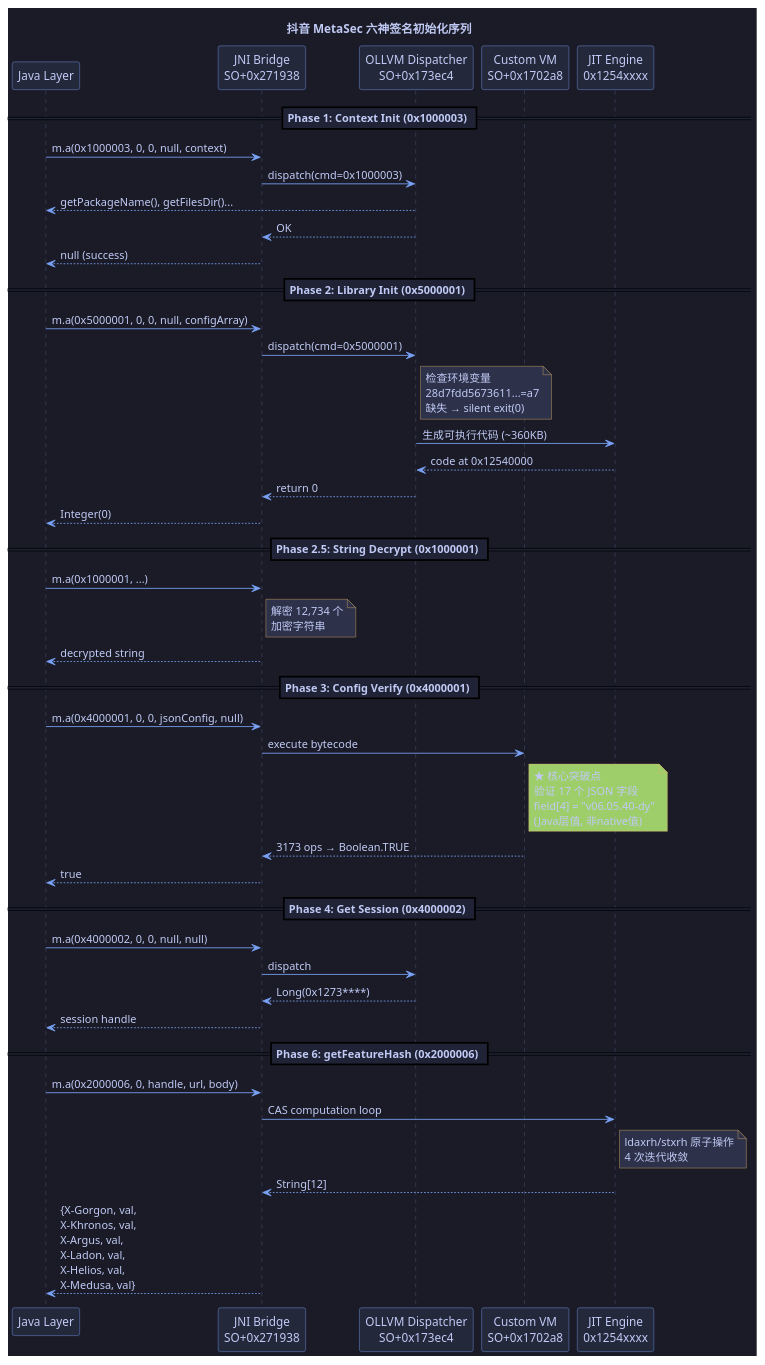
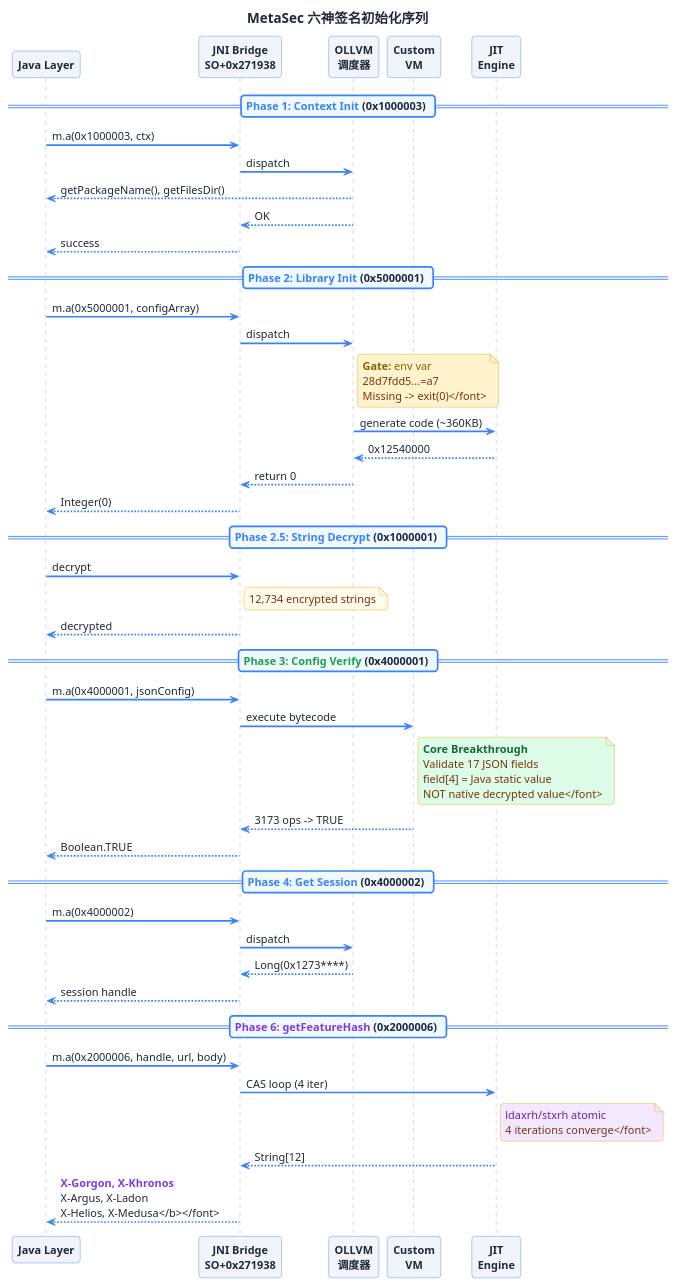
Before and after one commit to overkazaf/blogs: the diagram in static/images/sixgod/init_sequence.puml, drawn with PlantUML. The commit also changed 9 other files, not shown here.

First line of the commit message:
Redesign all PlantUML diagrams: white bg, high contrast, unified palette

```diff
--- a/static/images/sixgod/init_sequence.puml
+++ b/static/images/sixgod/init_sequence.puml
@@ -1,78 +1,86 @@
 @startuml
-skinparam backgroundColor #1a1b26
-skinparam defaultFontColor #c0caf5
-skinparam sequenceArrowColor #7aa2f7
-skinparam sequenceLifeLineBorderColor #565f89
-skinparam sequenceParticipantBackgroundColor #24283b
-skinparam sequenceParticipantBorderColor #7aa2f7
-skinparam noteBorderColor #e0af68
-skinparam noteBackgroundColor #2d3149
-skinparam sequenceGroupBackgroundColor #1f2335
-skinparam sequenceGroupBorderColor #bb9af7
-skinparam sequenceDividerBackgroundColor #1f2335
 
-title 抖音 MetaSec 六神签名初始化序列
+skinparam backgroundColor #FFFFFF
+skinparam defaultFontName "Segoe UI,Helvetica,Arial,sans-serif"
+skinparam defaultFontSize 13
+skinparam defaultFontColor #1e293b
+skinparam shadowing false
+skinparam roundCorner 8
+skinparam sequenceArrowThickness 2
+skinparam sequenceArrowColor #3b82f6
+skinparam sequenceLifeLineBorderColor #94a3b8
+skinparam sequenceParticipantBackgroundColor #f1f5f9
+skinparam sequenceParticipantBorderColor #3b82f6
+skinparam sequenceParticipantFontStyle bold
+skinparam sequenceGroupBackgroundColor #fefce8
+skinparam sequenceGroupBorderColor #ca8a04
+skinparam sequenceGroupFontColor #854d0e
+skinparam sequenceDividerBackgroundColor #f0f9ff
+skinparam sequenceDividerBorderColor #3b82f6
+skinparam noteBorderColor #f59e0b
+skinparam noteBackgroundColor #fffbeb
+skinparam noteFontColor #78350f
 
-participant "Java Layer" as J #24283b
-participant "JNI Bridge\nSO+0x271938" as JNI #24283b
-participant "OLLVM Dispatcher\nSO+0x173ec4" as OLL #24283b
-participant "Custom VM\nSO+0x1702a8" as VM #24283b
-participant "JIT Engine\n0x1254xxxx" as JIT #24283b
 
-== Phase 1: Context Init (0x1000003) ==
-J -> JNI : m.a(0x1000003, 0, 0, null, context)
-JNI -> OLL : dispatch(cmd=0x1000003)
-OLL --> J : getPackageName(), getFilesDir()...
+title <font size=16><b>MetaSec 六神签名初始化序列</b></font>
+
+participant "Java Layer" as J
+participant "JNI Bridge\nSO+0x271938" as JNI
+participant "OLLVM\n调度器" as OLL
+participant "Custom\nVM" as VM
+participant "JIT\nEngine" as JIT
+
+== <font color=#3b82f6>Phase 1: Context Init</font> (0x1000003) ==
+J -> JNI : m.a(0x1000003, ctx)
+JNI -> OLL : dispatch
+OLL --> J : getPackageName(), getFilesDir()
 OLL --> JNI : OK
-JNI --> J : null (success)
+JNI --> J : success
 
-== Phase 2: Library Init (0x5000001) ==
-J -> JNI : m.a(0x5000001, 0, 0, null, configArray)
-JNI -> OLL : dispatch(cmd=0x5000001)
-note right of OLL #2d3149
-  检查环境变量
-  28d7fdd5673611...=a7
-  缺失 → silent exit(0)
+== <font color=#3b82f6>Phase 2: Library Init</font> (0x5000001) ==
+J -> JNI : m.a(0x5000001, configArray)
+JNI -> OLL : dispatch
+note right of OLL #fff3cd
+  <font color=#856404><b>Gate:</b> env var
+  28d7fdd5...=a7
+  Missing -> exit(0)</font>
 end note
-OLL -> JIT : 生成可执行代码 (~360KB)
-JIT --> OLL : code at 0x12540000
+OLL -> JIT : generate code (~360KB)
+JIT --> OLL : 0x12540000
 OLL --> JNI : return 0
 JNI --> J : Integer(0)
 
-== Phase 2.5: String Decrypt (0x1000001) ==
-J -> JNI : m.a(0x1000001, ...)
-note right of JNI #2d3149
-  解密 12,734 个
-  加密字符串
+== <font color=#3b82f6>Phase 2.5: String Decrypt</font> (0x1000001) ==
+J -> JNI : decrypt
+note right of JNI : 12,734 encrypted strings
+JNI --> J : decrypted
+
+== <font color=#16a34a><b>Phase 3: Config Verify</b></font> (0x4000001) ==
+J -> JNI : m.a(0x4000001, jsonConfig)
+JNI -> VM : execute bytecode
+note right of VM #dcfce7
+  <font color=#166534><b>Core Breakthrough</b>
+  Validate 17 JSON fields
+  field[4] = Java static value
+  NOT native decrypted value</font>
 end note
-JNI --> J : decrypted string
+VM --> JNI : 3173 ops -> TRUE
+JNI --> J : Boolean.TRUE
 
-== Phase 3: Config Verify (0x4000001) ==
-J -> JNI : m.a(0x4000001, 0, 0, jsonConfig, null)
-JNI -> VM : execute bytecode
-note right of VM #9ece6a
-  ★ 核心突破点
-  验证 17 个 JSON 字段
-  field[4] = "v06.05.40-dy"
-  (Java层值, 非native值)
-end note
-VM --> JNI : 3173 ops → Boolean.TRUE
-JNI --> J : true
-
-== Phase 4: Get Session (0x4000002) ==
-J -> JNI : m.a(0x4000002, 0, 0, null, null)
+== <font color=#3b82f6>Phase 4: Get Session</font> (0x4000002) ==
+J -> JNI : m.a(0x4000002)
 JNI -> OLL : dispatch
 OLL --> JNI : Long(0x1273****)
 JNI --> J : session handle
 
-== Phase 6: getFeatureHash (0x2000006) ==
-J -> JNI : m.a(0x2000006, 0, handle, url, body)
-JNI -> JIT : CAS computation loop
-note right of JIT #2d3149
-  ldaxrh/stxrh 原子操作
-  4 次迭代收敛
+== <font color=#7c3aed><b>Phase 6: getFeatureHash</b></font> (0x2000006) ==
+J -> JNI : m.a(0x2000006, handle, url, body)
+JNI -> JIT : CAS loop (4 iter)
+note right of JIT #f3e8ff
+  <font color=#6b21a8>ldaxrh/stxrh atomic
+  4 iterations converge</font>
 end note
 JIT --> JNI : String[12]
-JNI --> J : {X-Gorgon, val,\nX-Khronos, val,\nX-Argus, val,\nX-Ladon, val,\nX-Helios, val,\nX-Medusa, val}
+JNI --> J : <font color=#7c3aed><b>X-Gorgon, X-Khronos\nX-Argus, X-Ladon\nX-Helios, X-Medusa</b></font>
 
 @enduml
```
